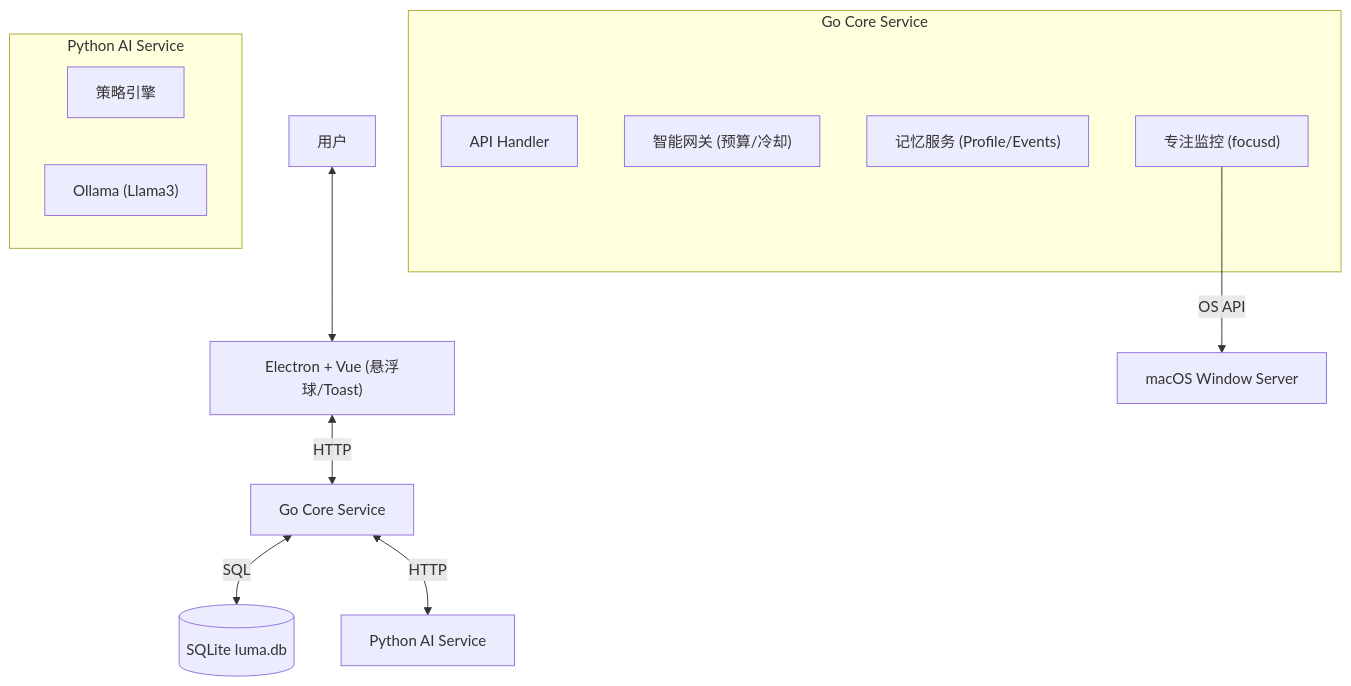
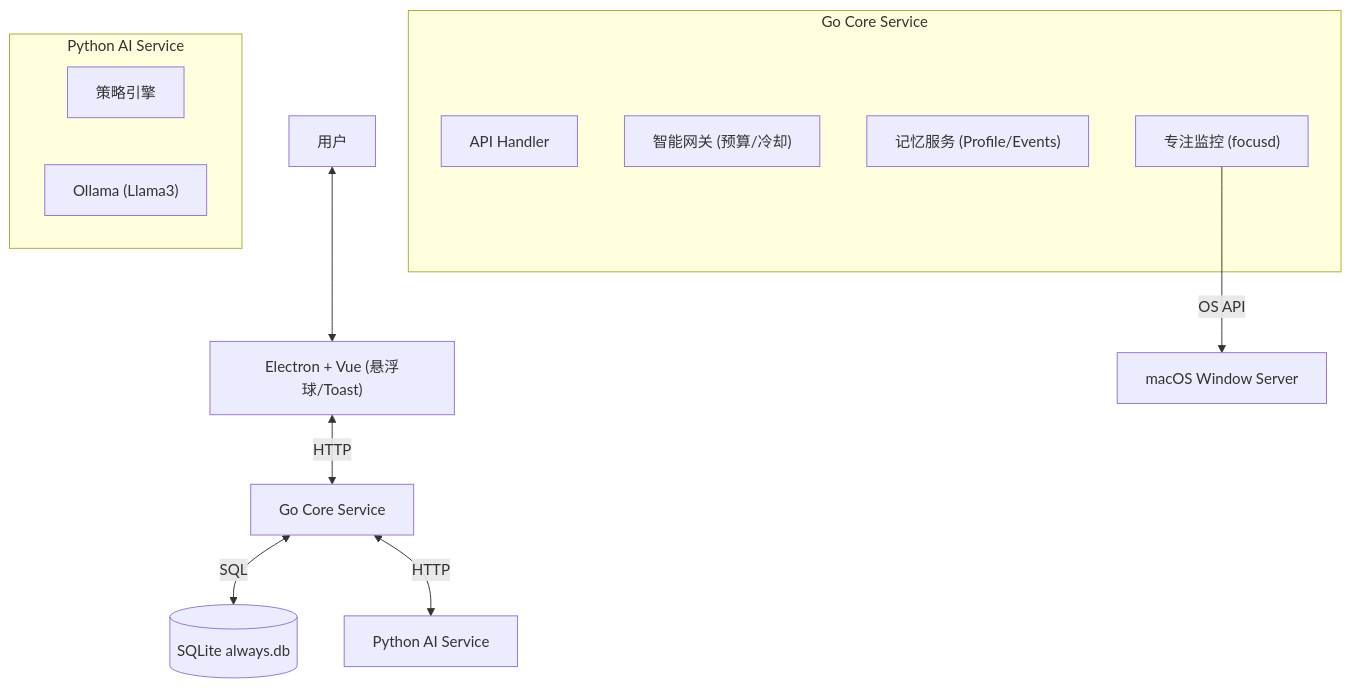
The diagram in README.md (Yurken/Always), drawn with Mermaid before and after one commit. The commit also changed other lines of this file and 22 other files, not shown here.

Commit message:
feat: rename Luma to Always across the codebase and update related configurations

````diff
--- a/README.md
+++ b/README.md
@@ -15,22 +15,22 @@
 ```mermaid
 graph TD
     User[用户] <--> UI["Electron + Vue (悬浮球/Toast)"]
     UI <-->|HTTP| Go[Go Core Service]
     
     subgraph "Go Core Service"
         Handler[API Handler]
         Gateway["智能网关 (预算/冷却)"]
         Memory["记忆服务 (Profile/Events)"]
         Focus["专注监控 (focusd)"]
     end
     
-    Go <-->|SQL| DB[(SQLite luma.db)]
+    Go <-->|SQL| DB[(SQLite always.db)]
     Go <-->|HTTP| Py[Python AI Service]
     
     subgraph "Python AI Service"
         Policy[策略引擎]
         LLM["Ollama (Llama3)"]
     end
     
     Focus -->|OS API| MacOS[macOS Window Server]
 ```
````
